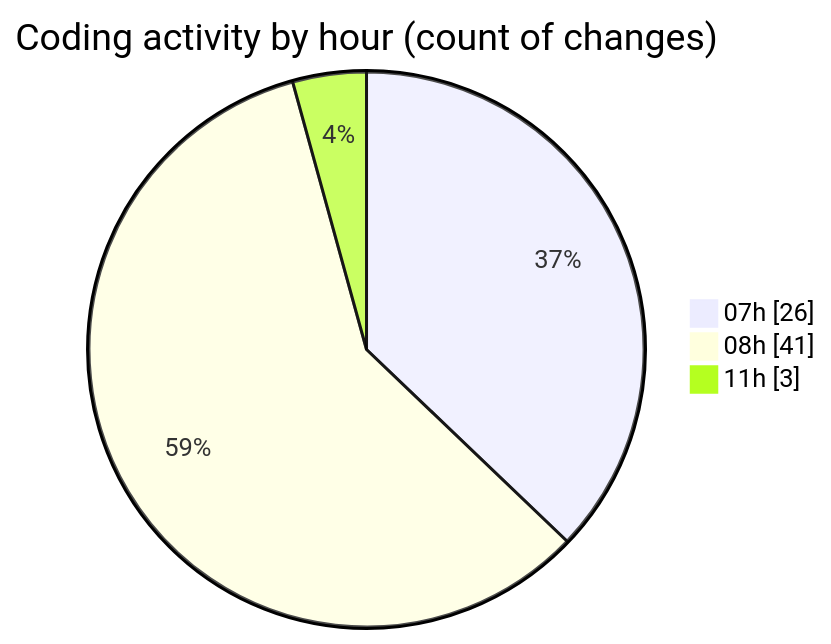
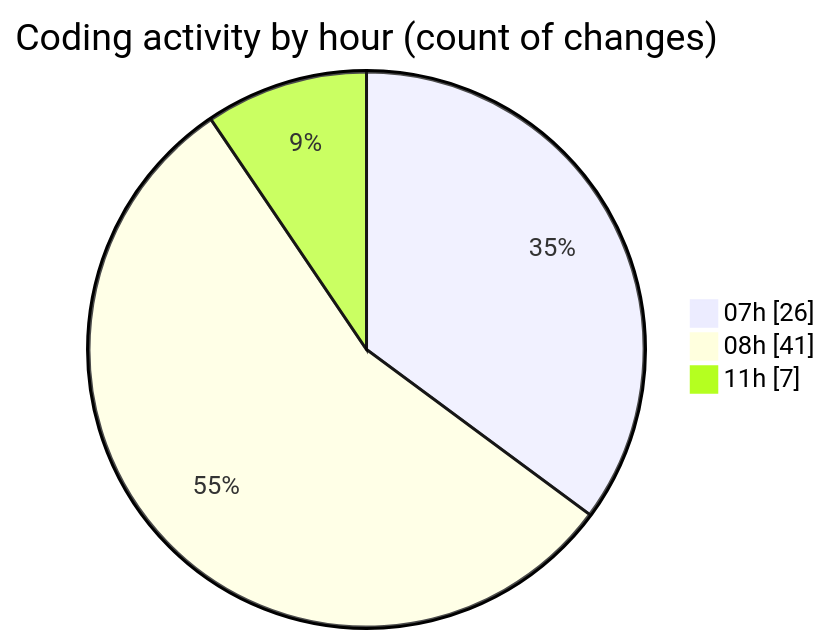
The second of 2 diagrams in 2025-10-04/shop/README.md (vahidmafi/code-tracking), drawn with Mermaid before and after one commit. The commit also changed other lines of this file and 1 other file, not shown here.

````diff
--- a/2025-10-04/shop/README.md
+++ b/2025-10-04/shop/README.md
@@ -50,7 +50,7 @@
 ```mermaid
 pie showData
 title Coding activity by hour (count of changes)
 "07h" : 26
 "08h" : 41
-"11h" : 3
+"11h" : 7
 ```
````
